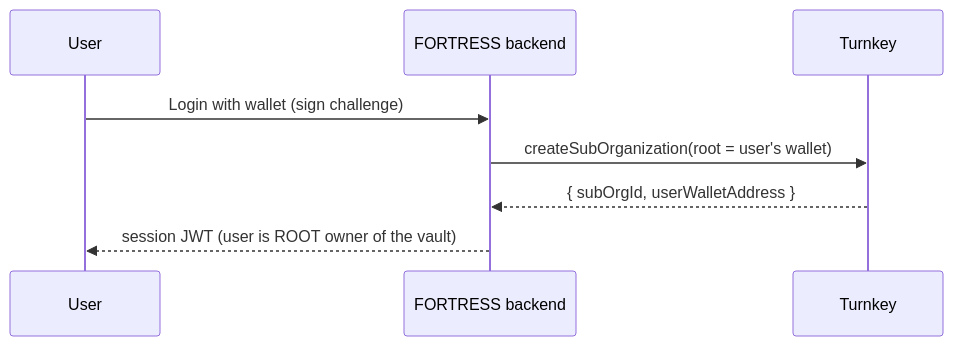
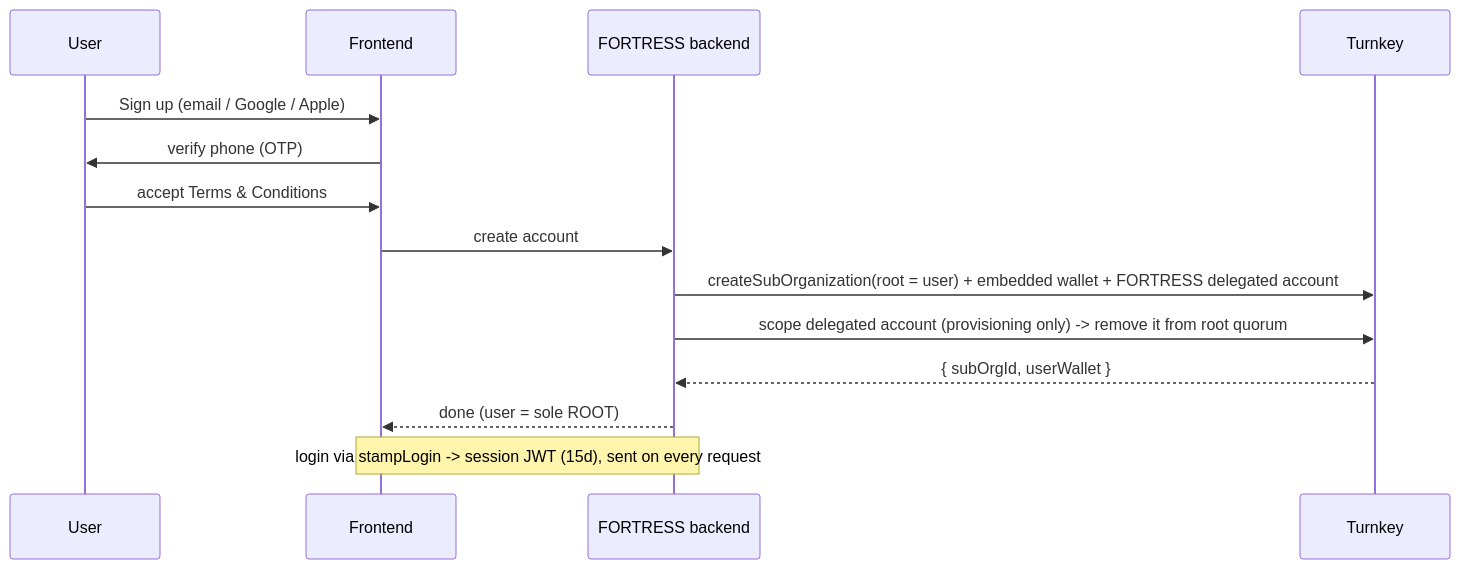
Before and after one commit to itsme-boii/archetectures: the third of 5 diagrams in README.md, drawn with Mermaid. The commit also changed other lines of this file, not shown here.

Commit message:
Institution-grade README v3: final Option-a architecture (delegated agent key, local MCP stamping, prepare/stamp/submit, policy-enforced limits)

````diff
--- a/README.md
+++ b/README.md
@@ -99,10 +116,16 @@
 ```mermaid
 sequenceDiagram
     participant U as User
+    participant FE as Frontend
     participant BE as FORTRESS backend
     participant TK as Turnkey
-    U->>BE: Login with wallet (sign challenge)
-    BE->>TK: createSubOrganization(root = user's wallet)
-    TK-->>BE: { subOrgId, userWalletAddress }
-    BE-->>U: session JWT  (user is ROOT owner of the vault)
+    U->>FE: Sign up (email / Google / Apple)
+    FE->>U: verify phone (OTP)
+    U->>FE: accept Terms & Conditions
+    FE->>BE: create account
+    BE->>TK: createSubOrganization(root = user) + embedded wallet + FORTRESS delegated account
+    BE->>TK: scope delegated account (provisioning only) -> remove it from root quorum
+    TK-->>BE: { subOrgId, userWallet }
+    BE-->>FE: done (user = sole ROOT)
+    Note over FE,BE: login via stampLogin -> session JWT (15d), sent on every request
 ```
````
